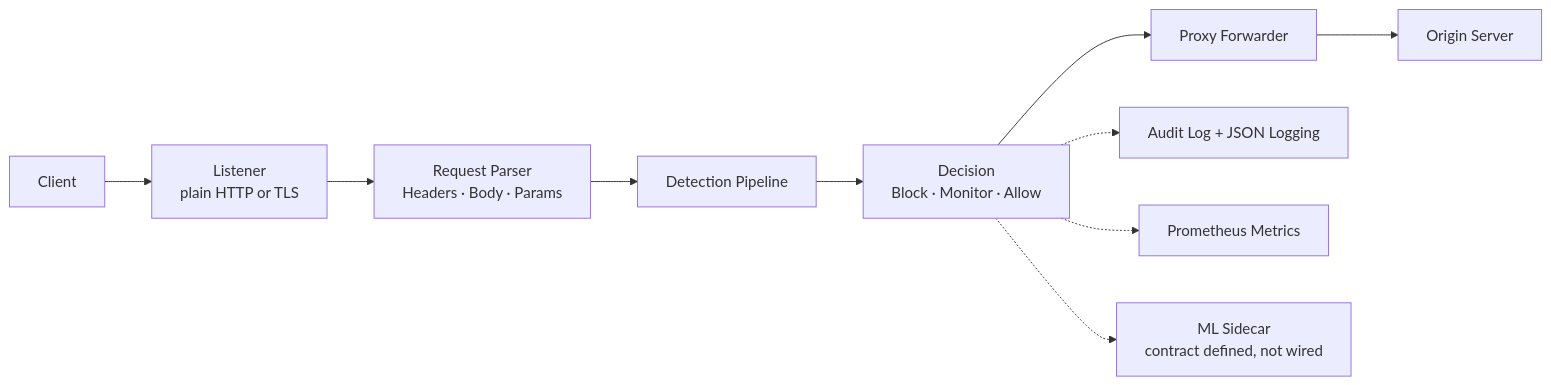
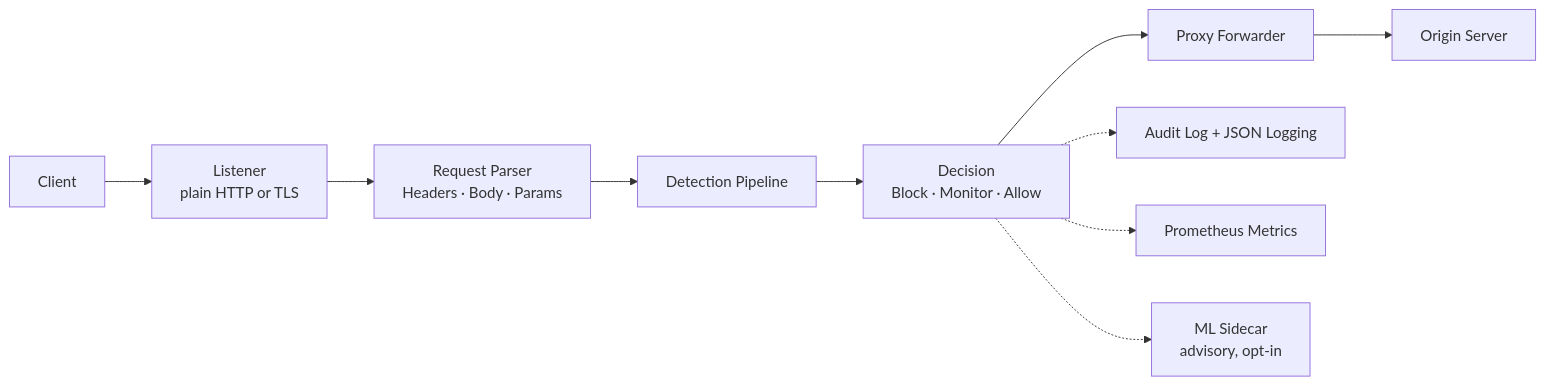
One commit to FortressCommunity/FortressWAF changed the first of 2 diagrams in README.md. Above: the diagram before and after it, drawn with Mermaid. The commit also changed other lines of this file and 19 other files, not shown here.

````diff
--- a/README.md
+++ b/README.md
@@ -24,12 +24,12 @@
 ```mermaid
 flowchart LR
     C[Client] --> T[Listener<br/>plain HTTP or TLS]
     T --> P[Request Parser<br/>Headers · Body · Params]
     P --> D[Detection Pipeline]
     D --> SC[Decision<br/>Block · Monitor · Allow]
     SC --> UP[Proxy Forwarder]
     UP --> OR[Origin Server]
     SC -.-> LOG[Audit Log + JSON Logging]
     SC -.-> PROM[Prometheus Metrics]
-    SC -.-> ML[ML Sidecar<br/>contract defined, not wired]
+    SC -.-> ML[ML Sidecar<br/>advisory, opt-in]
 ```
````
